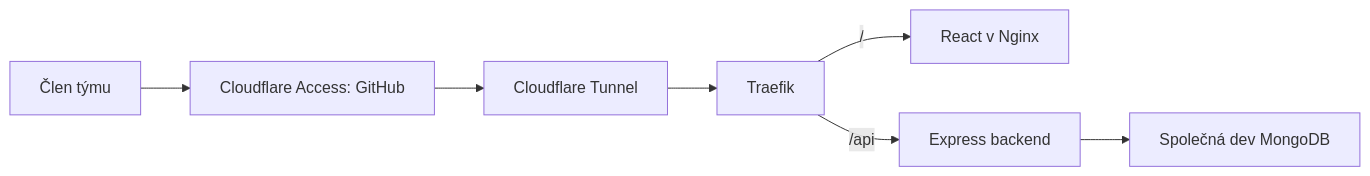
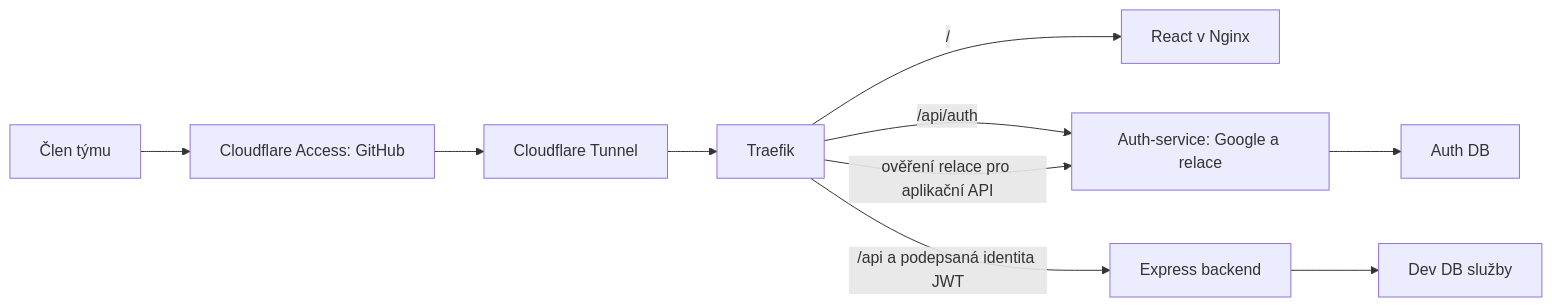
Before and after one commit to Geo-Cube/anico: the diagram in docs/PREHLED-PRO-TYM.md, drawn with Mermaid. The commit also changed other lines of this file and 9 other files, not shown here.

````diff
--- a/docs/PREHLED-PRO-TYM.md
+++ b/docs/PREHLED-PRO-TYM.md
@@ -32,9 +33,12 @@
 ```mermaid
 flowchart LR
   U[Člen týmu] --> A[Cloudflare Access: GitHub]
   A --> T[Cloudflare Tunnel]
   T --> P[Traefik]
   P -->|/| F[React v Nginx]
-  P -->|/api| B[Express backend]
-  B --> D[Společná dev MongoDB]
+  P -->|/api/auth| S[Auth-service: Google a relace]
+  P -->|ověření relace pro aplikační API| S
+  P -->|/api a podepsaná identita JWT| B[Express backend]
+  S --> AD[Auth DB]
+  B --> D[Dev DB služby]
 ```
````
